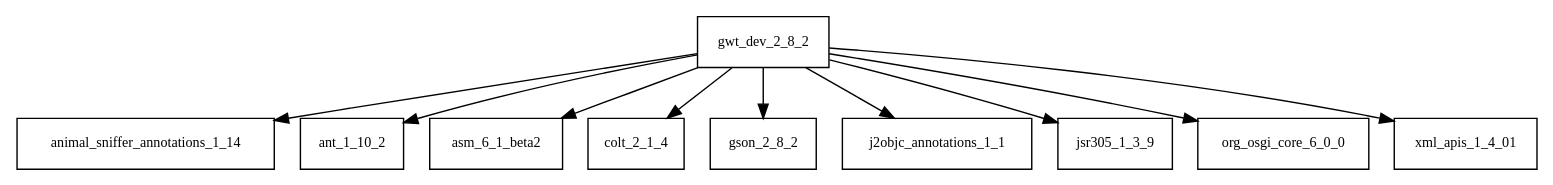
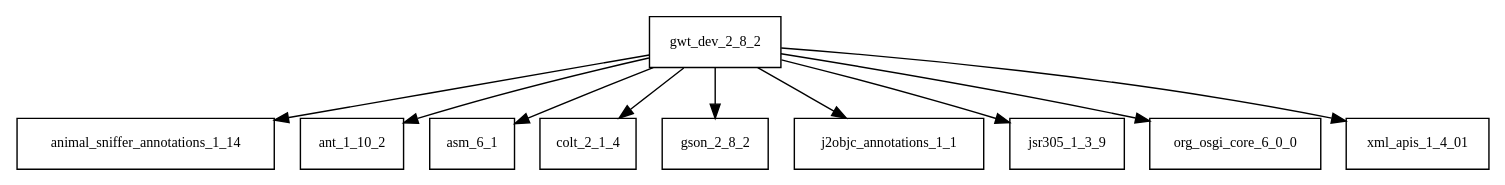
Before and after one commit to sjvs/cia: the diagram in tattleTaleReport/graphviz/gwt-dev-2.8.2.jar/gwt-dev-2.8.2.jar.dot, drawn with Graphviz. The commit also changed 1517 other files, not shown here.

```diff
--- a/tattleTaleReport/graphviz/gwt-dev-2.8.2.jar/gwt-dev-2.8.2.jar.dot
+++ b/tattleTaleReport/graphviz/gwt-dev-2.8.2.jar/gwt-dev-2.8.2.jar.dot
@@ -1,12 +1,12 @@
 digraph gwt_dev_2_8_2_dependencies {
   node [shape = box, fontsize=10.0];
   gwt_dev_2_8_2 -> animal_sniffer_annotations_1_14;
   gwt_dev_2_8_2 -> ant_1_10_2;
-  gwt_dev_2_8_2 -> asm_6_1_beta2;
+  gwt_dev_2_8_2 -> asm_6_1;
   gwt_dev_2_8_2 -> colt_2_1_4;
   gwt_dev_2_8_2 -> gson_2_8_2;
   gwt_dev_2_8_2 -> j2objc_annotations_1_1;
   gwt_dev_2_8_2 -> jsr305_1_3_9;
   gwt_dev_2_8_2 -> org_osgi_core_6_0_0;
   gwt_dev_2_8_2 -> xml_apis_1_4_01;
 }
```
